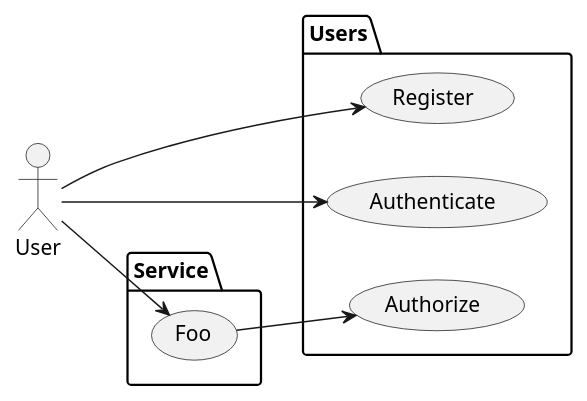
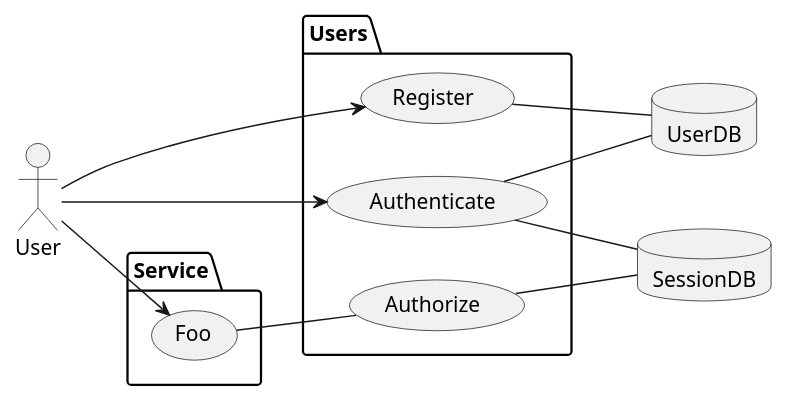
One commit to chayward1/users changed the diagram in README.org. Above: the diagram before and after it, drawn with PlantUML. The commit also changed 1 other file, not shown here.

Commit message:
Add DB to example

```diff
--- a/README.org
+++ b/README.org
@@ -17,20 +17,28 @@
 #+begin_src plantuml :file example.png :exports results
 left to right direction
 actor User
 
 package Users {
   usecase Register
   usecase Authenticate
   usecase Authorize
 }
 
 Package Service {
   usecase Foo
 }
 
+database UserDB
+database SessionDB
+
 User --> Register
+Register -- UserDB
+
 User --> Authenticate
+Authenticate -- UserDB
+Authenticate -- SessionDB
 
 User --> Foo
-Foo --> Authorize
+Foo -- Authorize
+Authorize -- SessionDB
 #+end_src
```
